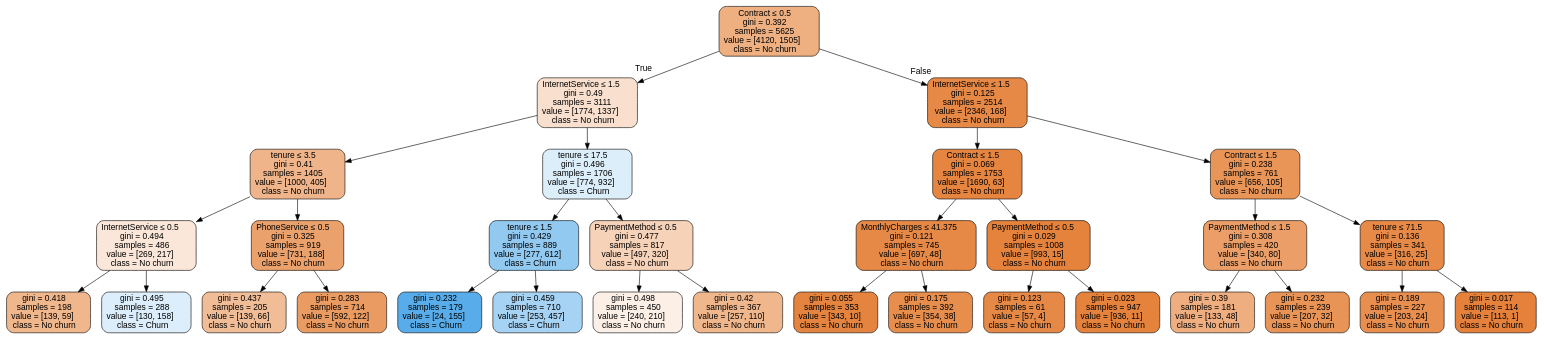
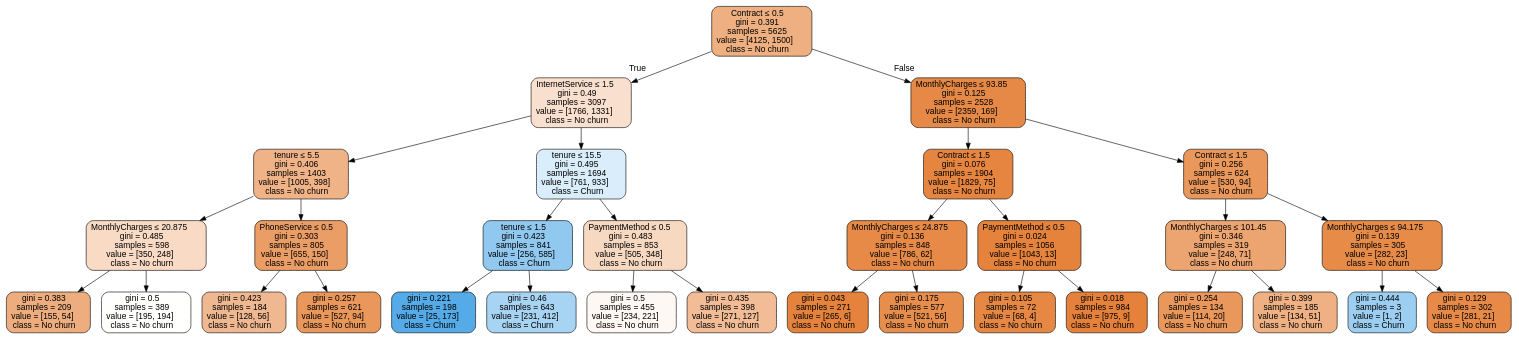
The diagram in decision_tree.gv (smarty1palak/Customer_Churn_Prediction), drawn with Graphviz before and after one commit. The commit also changed 19 other files, not shown here.

```diff
--- a/decision_tree.gv
+++ b/decision_tree.gv
@@ -1,65 +1,65 @@
 digraph Tree {
 node [shape=box, style="filled, rounded", color="black", fontname=helvetica] ;
 edge [fontname=helvetica] ;
-0 [label=<Contract &le; 0.5<br/>gini = 0.392<br/>samples = 5625<br/>value = [4120, 1505]<br/>class = No churn>, fillcolor="#e58139a2"] ;
-1 [label=<InternetService &le; 1.5<br/>gini = 0.49<br/>samples = 3111<br/>value = [1774, 1337]<br/>class = No churn>, fillcolor="#e581393f"] ;
+0 [label=<Contract &le; 0.5<br/>gini = 0.391<br/>samples = 5625<br/>value = [4125, 1500]<br/>class = No churn>, fillcolor="#e58139a2"] ;
+1 [label=<InternetService &le; 1.5<br/>gini = 0.49<br/>samples = 3097<br/>value = [1766, 1331]<br/>class = No churn>, fillcolor="#e581393f"] ;
 0 -> 1 [labeldistance=2.5, labelangle=45, headlabel="True"] ;
-2 [label=<tenure &le; 3.5<br/>gini = 0.41<br/>samples = 1405<br/>value = [1000, 405]<br/>class = No churn>, fillcolor="#e5813998"] ;
+2 [label=<tenure &le; 5.5<br/>gini = 0.406<br/>samples = 1403<br/>value = [1005, 398]<br/>class = No churn>, fillcolor="#e581399a"] ;
 1 -> 2 ;
-3 [label=<InternetService &le; 0.5<br/>gini = 0.494<br/>samples = 486<br/>value = [269, 217]<br/>class = No churn>, fillcolor="#e5813931"] ;
+3 [label=<MonthlyCharges &le; 20.875<br/>gini = 0.485<br/>samples = 598<br/>value = [350, 248]<br/>class = No churn>, fillcolor="#e581394a"] ;
 2 -> 3 ;
-4 [label=<gini = 0.418<br/>samples = 198<br/>value = [139, 59]<br/>class = No churn>, fillcolor="#e5813993"] ;
+4 [label=<gini = 0.383<br/>samples = 209<br/>value = [155, 54]<br/>class = No churn>, fillcolor="#e58139a6"] ;
 3 -> 4 ;
-5 [label=<gini = 0.495<br/>samples = 288<br/>value = [130, 158]<br/>class = Churn>, fillcolor="#399de52d"] ;
+5 [label=<gini = 0.5<br/>samples = 389<br/>value = [195, 194]<br/>class = No churn>, fillcolor="#e5813901"] ;
 3 -> 5 ;
-6 [label=<PhoneService &le; 0.5<br/>gini = 0.325<br/>samples = 919<br/>value = [731, 188]<br/>class = No churn>, fillcolor="#e58139bd"] ;
+6 [label=<PhoneService &le; 0.5<br/>gini = 0.303<br/>samples = 805<br/>value = [655, 150]<br/>class = No churn>, fillcolor="#e58139c5"] ;
 2 -> 6 ;
-7 [label=<gini = 0.437<br/>samples = 205<br/>value = [139, 66]<br/>class = No churn>, fillcolor="#e5813986"] ;
+7 [label=<gini = 0.423<br/>samples = 184<br/>value = [128, 56]<br/>class = No churn>, fillcolor="#e581398f"] ;
 6 -> 7 ;
-8 [label=<gini = 0.283<br/>samples = 714<br/>value = [592, 122]<br/>class = No churn>, fillcolor="#e58139ca"] ;
+8 [label=<gini = 0.257<br/>samples = 621<br/>value = [527, 94]<br/>class = No churn>, fillcolor="#e58139d2"] ;
 6 -> 8 ;
-9 [label=<tenure &le; 17.5<br/>gini = 0.496<br/>samples = 1706<br/>value = [774, 932]<br/>class = Churn>, fillcolor="#399de52b"] ;
+9 [label=<tenure &le; 15.5<br/>gini = 0.495<br/>samples = 1694<br/>value = [761, 933]<br/>class = Churn>, fillcolor="#399de52f"] ;
 1 -> 9 ;
-10 [label=<tenure &le; 1.5<br/>gini = 0.429<br/>samples = 889<br/>value = [277, 612]<br/>class = Churn>, fillcolor="#399de58c"] ;
+10 [label=<tenure &le; 1.5<br/>gini = 0.423<br/>samples = 841<br/>value = [256, 585]<br/>class = Churn>, fillcolor="#399de58f"] ;
 9 -> 10 ;
-11 [label=<gini = 0.232<br/>samples = 179<br/>value = [24, 155]<br/>class = Churn>, fillcolor="#399de5d8"] ;
+11 [label=<gini = 0.221<br/>samples = 198<br/>value = [25, 173]<br/>class = Churn>, fillcolor="#399de5da"] ;
 10 -> 11 ;
-12 [label=<gini = 0.459<br/>samples = 710<br/>value = [253, 457]<br/>class = Churn>, fillcolor="#399de572"] ;
+12 [label=<gini = 0.46<br/>samples = 643<br/>value = [231, 412]<br/>class = Churn>, fillcolor="#399de570"] ;
 10 -> 12 ;
-13 [label=<PaymentMethod &le; 0.5<br/>gini = 0.477<br/>samples = 817<br/>value = [497, 320]<br/>class = No churn>, fillcolor="#e581395b"] ;
+13 [label=<PaymentMethod &le; 0.5<br/>gini = 0.483<br/>samples = 853<br/>value = [505, 348]<br/>class = No churn>, fillcolor="#e581394f"] ;
 9 -> 13 ;
-14 [label=<gini = 0.498<br/>samples = 450<br/>value = [240, 210]<br/>class = No churn>, fillcolor="#e5813920"] ;
+14 [label=<gini = 0.5<br/>samples = 455<br/>value = [234, 221]<br/>class = No churn>, fillcolor="#e581390e"] ;
 13 -> 14 ;
-15 [label=<gini = 0.42<br/>samples = 367<br/>value = [257, 110]<br/>class = No churn>, fillcolor="#e5813992"] ;
+15 [label=<gini = 0.435<br/>samples = 398<br/>value = [271, 127]<br/>class = No churn>, fillcolor="#e5813987"] ;
 13 -> 15 ;
-16 [label=<InternetService &le; 1.5<br/>gini = 0.125<br/>samples = 2514<br/>value = [2346, 168]<br/>class = No churn>, fillcolor="#e58139ed"] ;
+16 [label=<MonthlyCharges &le; 93.85<br/>gini = 0.125<br/>samples = 2528<br/>value = [2359, 169]<br/>class = No churn>, fillcolor="#e58139ed"] ;
 0 -> 16 [labeldistance=2.5, labelangle=-45, headlabel="False"] ;
-17 [label=<Contract &le; 1.5<br/>gini = 0.069<br/>samples = 1753<br/>value = [1690, 63]<br/>class = No churn>, fillcolor="#e58139f5"] ;
+17 [label=<Contract &le; 1.5<br/>gini = 0.076<br/>samples = 1904<br/>value = [1829, 75]<br/>class = No churn>, fillcolor="#e58139f5"] ;
 16 -> 17 ;
-18 [label=<MonthlyCharges &le; 41.375<br/>gini = 0.121<br/>samples = 745<br/>value = [697, 48]<br/>class = No churn>, fillcolor="#e58139ed"] ;
+18 [label=<MonthlyCharges &le; 24.875<br/>gini = 0.136<br/>samples = 848<br/>value = [786, 62]<br/>class = No churn>, fillcolor="#e58139eb"] ;
 17 -> 18 ;
-19 [label=<gini = 0.055<br/>samples = 353<br/>value = [343, 10]<br/>class = No churn>, fillcolor="#e58139f8"] ;
+19 [label=<gini = 0.043<br/>samples = 271<br/>value = [265, 6]<br/>class = No churn>, fillcolor="#e58139f9"] ;
 18 -> 19 ;
-20 [label=<gini = 0.175<br/>samples = 392<br/>value = [354, 38]<br/>class = No churn>, fillcolor="#e58139e4"] ;
+20 [label=<gini = 0.175<br/>samples = 577<br/>value = [521, 56]<br/>class = No churn>, fillcolor="#e58139e4"] ;
 18 -> 20 ;
-21 [label=<PaymentMethod &le; 0.5<br/>gini = 0.029<br/>samples = 1008<br/>value = [993, 15]<br/>class = No churn>, fillcolor="#e58139fb"] ;
+21 [label=<PaymentMethod &le; 0.5<br/>gini = 0.024<br/>samples = 1056<br/>value = [1043, 13]<br/>class = No churn>, fillcolor="#e58139fc"] ;
 17 -> 21 ;
-22 [label=<gini = 0.123<br/>samples = 61<br/>value = [57, 4]<br/>class = No churn>, fillcolor="#e58139ed"] ;
+22 [label=<gini = 0.105<br/>samples = 72<br/>value = [68, 4]<br/>class = No churn>, fillcolor="#e58139f0"] ;
 21 -> 22 ;
-23 [label=<gini = 0.023<br/>samples = 947<br/>value = [936, 11]<br/>class = No churn>, fillcolor="#e58139fc"] ;
+23 [label=<gini = 0.018<br/>samples = 984<br/>value = [975, 9]<br/>class = No churn>, fillcolor="#e58139fd"] ;
 21 -> 23 ;
-24 [label=<Contract &le; 1.5<br/>gini = 0.238<br/>samples = 761<br/>value = [656, 105]<br/>class = No churn>, fillcolor="#e58139d6"] ;
+24 [label=<Contract &le; 1.5<br/>gini = 0.256<br/>samples = 624<br/>value = [530, 94]<br/>class = No churn>, fillcolor="#e58139d2"] ;
 16 -> 24 ;
-25 [label=<PaymentMethod &le; 1.5<br/>gini = 0.308<br/>samples = 420<br/>value = [340, 80]<br/>class = No churn>, fillcolor="#e58139c3"] ;
+25 [label=<MonthlyCharges &le; 101.45<br/>gini = 0.346<br/>samples = 319<br/>value = [248, 71]<br/>class = No churn>, fillcolor="#e58139b6"] ;
 24 -> 25 ;
-26 [label=<gini = 0.39<br/>samples = 181<br/>value = [133, 48]<br/>class = No churn>, fillcolor="#e58139a3"] ;
+26 [label=<gini = 0.254<br/>samples = 134<br/>value = [114, 20]<br/>class = No churn>, fillcolor="#e58139d2"] ;
 25 -> 26 ;
-27 [label=<gini = 0.232<br/>samples = 239<br/>value = [207, 32]<br/>class = No churn>, fillcolor="#e58139d8"] ;
+27 [label=<gini = 0.399<br/>samples = 185<br/>value = [134, 51]<br/>class = No churn>, fillcolor="#e581399e"] ;
 25 -> 27 ;
-28 [label=<tenure &le; 71.5<br/>gini = 0.136<br/>samples = 341<br/>value = [316, 25]<br/>class = No churn>, fillcolor="#e58139eb"] ;
+28 [label=<MonthlyCharges &le; 94.175<br/>gini = 0.139<br/>samples = 305<br/>value = [282, 23]<br/>class = No churn>, fillcolor="#e58139ea"] ;
 24 -> 28 ;
-29 [label=<gini = 0.189<br/>samples = 227<br/>value = [203, 24]<br/>class = No churn>, fillcolor="#e58139e1"] ;
+29 [label=<gini = 0.444<br/>samples = 3<br/>value = [1, 2]<br/>class = Churn>, fillcolor="#399de57f"] ;
 28 -> 29 ;
-30 [label=<gini = 0.017<br/>samples = 114<br/>value = [113, 1]<br/>class = No churn>, fillcolor="#e58139fd"] ;
+30 [label=<gini = 0.129<br/>samples = 302<br/>value = [281, 21]<br/>class = No churn>, fillcolor="#e58139ec"] ;
 28 -> 30 ;
 }
```
